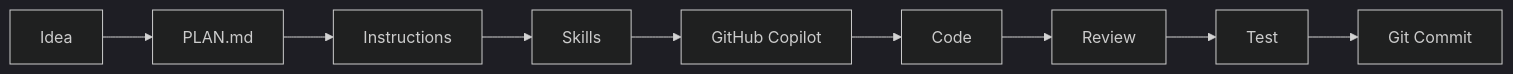
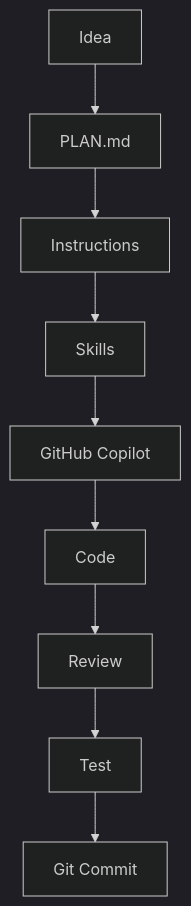
One commit to Drup1k/PhotographyPortfolio changed the diagram in README.md. Above: the diagram before and after it, drawn with Mermaid (dark theme).

Commit message:
Change flowchart direction in README
Updated flowchart direction from LR to TB.

````diff
--- a/README.md
+++ b/README.md
@@ -46,12 +46,12 @@
 ```mermaid
-flowchart LR
+flowchart TB
 
     IDEA[Idea] --> PLAN[PLAN.md]
     PLAN --> INST[Instructions]
     INST --> SKILLS[Skills]
     SKILLS --> COPILOT[GitHub Copilot]
     COPILOT --> CODE[Code]
     CODE --> REVIEW[Review]
     REVIEW --> TEST[Test]
     TEST --> COMMIT[Git Commit]
 ```
````
